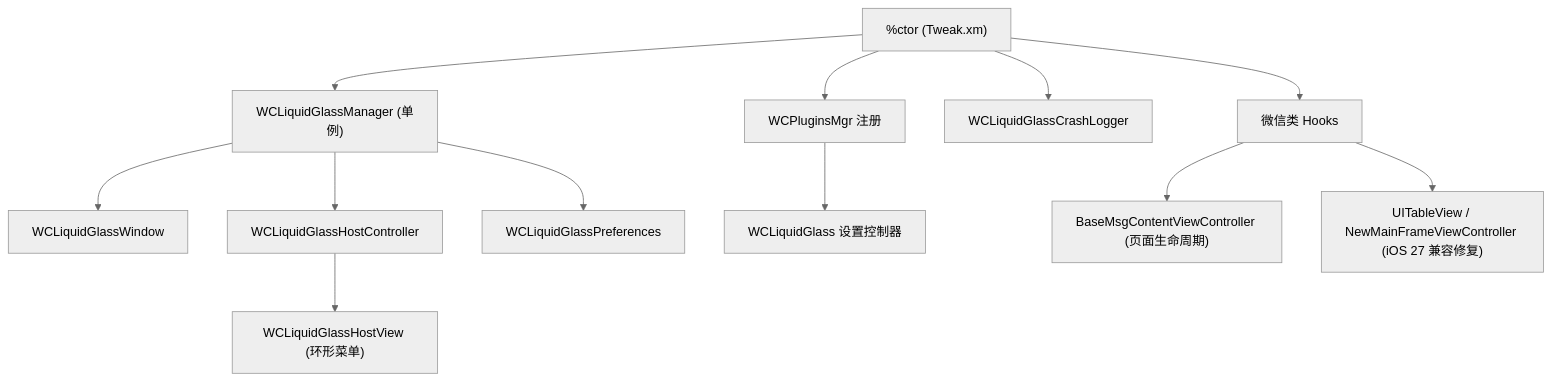
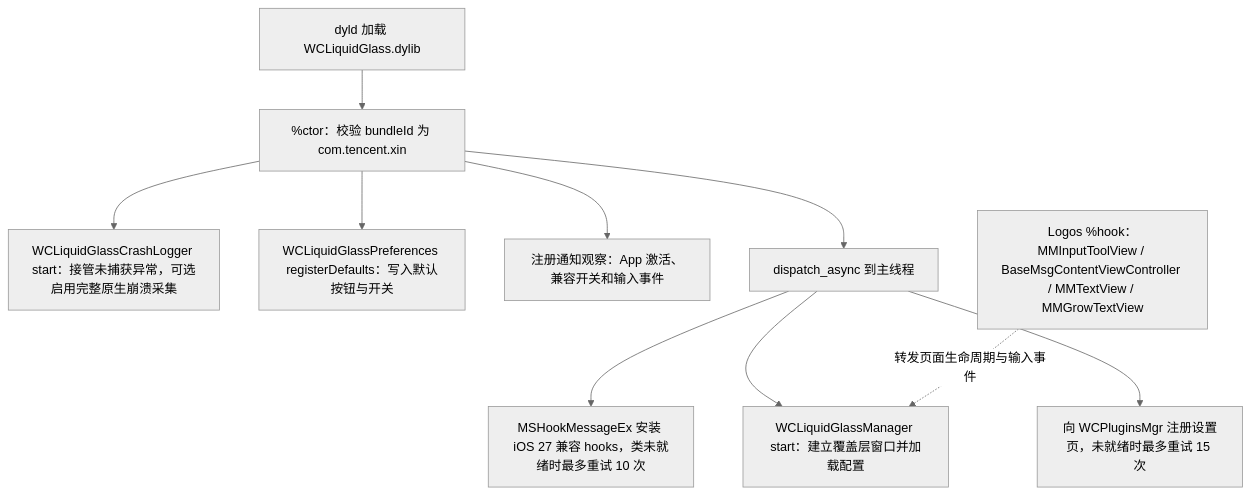
One commit to Ssiswent/WCLiquidGlass changed the first of 4 diagrams in README.md. Above: the diagram before and after it, drawn with Mermaid (neutral theme). The commit also changed other lines of this file, not shown here.

Commit message:
docs: 架构章节改为启动/结构/动作派发三图，并补充兼容修复时序图

````diff
--- a/README.md
+++ b/README.md
@@ -25,14 +29,12 @@
 ```mermaid
-graph TD
-  A["%ctor (Tweak.xm)"] --> B["WCPluginsMgr 注册"]
-  A --> C["WCLiquidGlassManager (单例)"]
-  A --> D["WCLiquidGlassCrashLogger"]
-  A --> H["微信类 Hooks"]
-  C --> E["WCLiquidGlassWindow"]
-  C --> F["WCLiquidGlassHostController"]
-  F --> G["WCLiquidGlassHostView (环形菜单)"]
-  C --> I["WCLiquidGlassPreferences"]
-  B --> J["WCLiquidGlass 设置控制器"]
-  H --> K["BaseMsgContentViewController (页面生命周期)"]
-  H --> L["UITableView / NewMainFrameViewController (iOS 27 兼容修复)"]
+flowchart TD
+  L["dyld 加载 WCLiquidGlass.dylib"] --> C["%ctor：校验 bundleId 为 com.tencent.xin"]
+  C --> CL["WCLiquidGlassCrashLogger start：接管未捕获异常，可选启用完整原生崩溃采集"]
+  C --> PD["WCLiquidGlassPreferences registerDefaults：写入默认按钮与开关"]
+  C --> OB["注册通知观察：App 激活、兼容开关和输入事件"]
+  C --> MQ["dispatch_async 到主线程"]
+  MQ --> HK["MSHookMessageEx 安装 iOS 27 兼容 hooks，类未就绪时最多重试 10 次"]
+  MQ --> MG["WCLiquidGlassManager start：建立覆盖层窗口并加载配置"]
+  MQ --> RG["向 WCPluginsMgr 注册设置页，未就绪时最多重试 15 次"]
+  HOOKS["Logos %hook：MMInputToolView / BaseMsgContentViewController / MMTextView / MMGrowTextView"] -. "转发页面生命周期与输入事件" .-> MG
 ```
````
